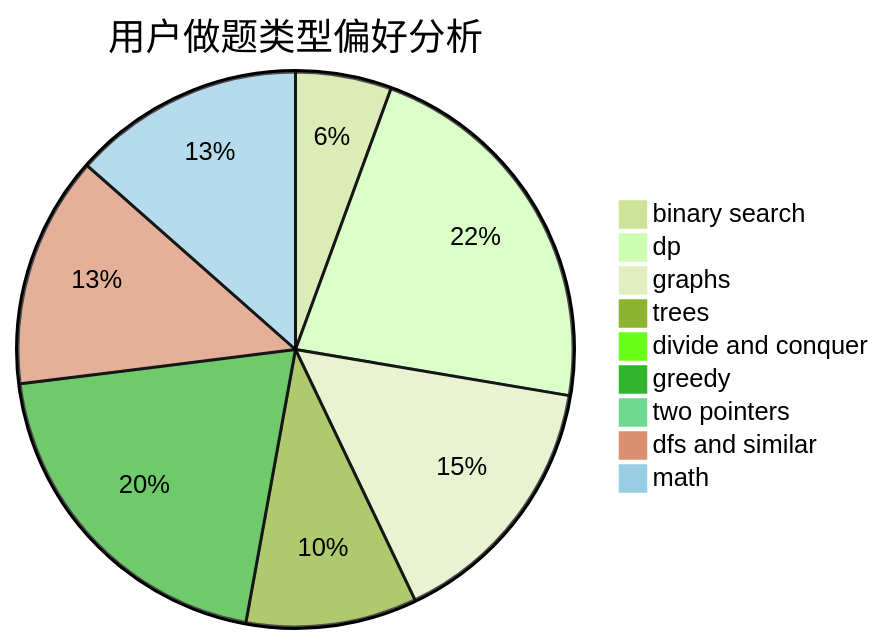
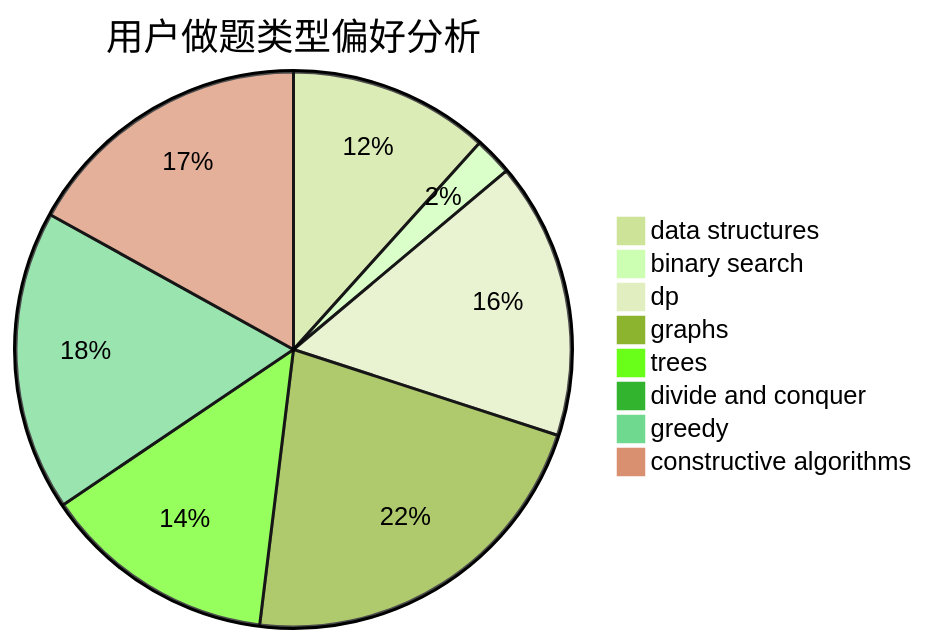
Before and after one commit to sherpahu/cfrs.github.io: the second of 3 diagrams in docs/user/u2162.md, drawn with Mermaid (forest theme). The commit also changed other lines of this file and 2775 other files, not shown here.

````diff
--- a/docs/user/u2162.md
+++ b/docs/user/u2162.md
@@ -23,12 +23,11 @@
 ```mermaid
 pie title 用户做题类型偏好分析
-    "binary search" :  41
-    "dp" :  162
-    "graphs" :  112
-    "trees" :  73
+    "data structures" :  42
+    "binary search" :  8
+    "dp" :  58
+    "graphs" :  79
+    "trees" :  49
     "divide and conquer" :  0
-    "greedy" :  148
-    "two pointers" :  0
-    "dfs and similar" :  99
-    "math" :  99
+    "greedy" :  63
+    "constructive algorithms" :  61
 ```
````
